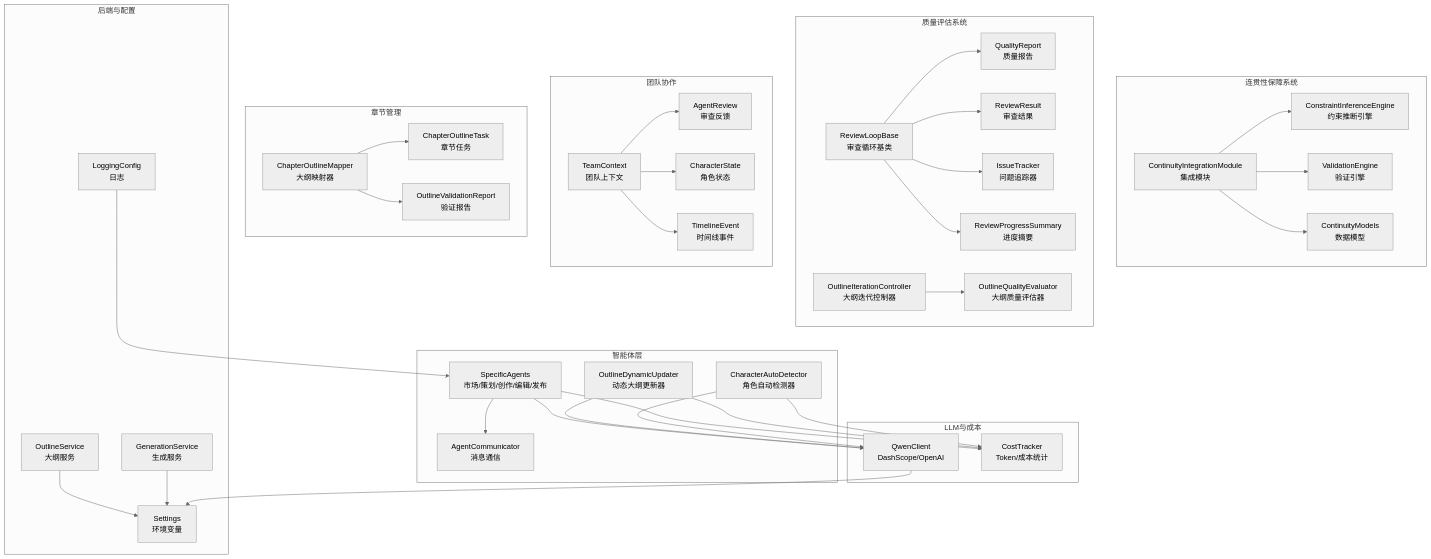
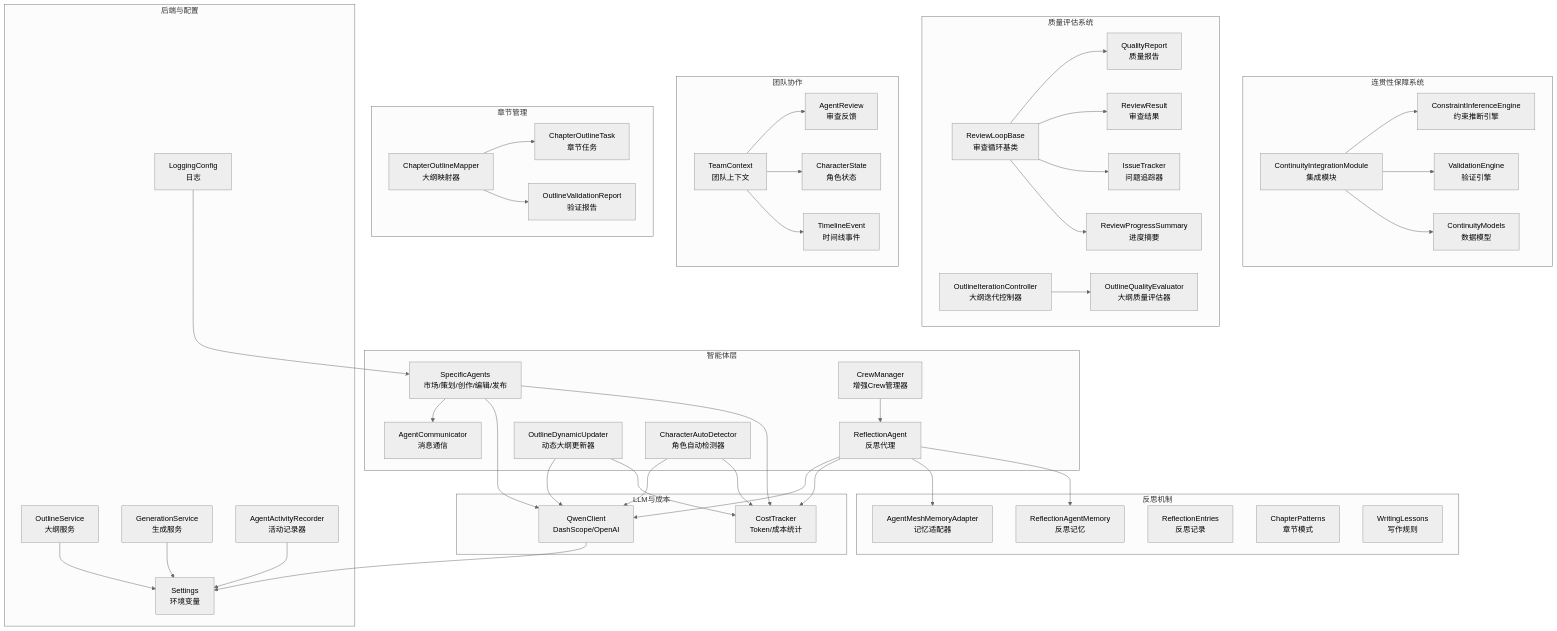
Before and after one commit to xfbyxq/ai-novel-system: the first of 20 diagrams in .qoder/repowiki/zh/content/AI智能体系统/AI智能体系统.md, drawn with Mermaid (neutral theme). The commit also changed other lines of this file and 11 other files, not shown here.

````diff
--- a/.qoder/repowiki/zh/content/AI智能体系统/AI智能体系统.md
+++ b/.qoder/repowiki/zh/content/AI智能体系统/AI智能体系统.md
@@ -106,14 +118,23 @@
 subgraph "智能体层"
 AC["AgentCommunicator<br/>消息通信"]
 SA["SpecificAgents<br/>市场/策划/创作/编辑/发布"]
+RA["ReflectionAgent<br/>反思代理"]
 ODU["OutlineDynamicUpdater<br/>动态大纲更新器"]
 CAD["CharacterAutoDetector<br/>角色自动检测器"]
+CM["CrewManager<br/>增强Crew管理器"]
+end
+subgraph "反思机制"
+RAM["ReflectionAgentMemory<br/>反思记忆"]
+AMMA["AgentMeshMemoryAdapter<br/>记忆适配器"]
+RE["ReflectionEntries<br/>反思记录"]
+CP["ChapterPatterns<br/>章节模式"]
+WL["WritingLessons<br/>写作规则"]
 end
 subgraph "连贯性保障系统"
 CIM["ContinuityIntegrationModule<br/>集成模块"]
 CIE["ConstraintInferenceEngine<br/>约束推断引擎"]
 VE["ValidationEngine<br/>验证引擎"]
-CM["ContinuityModels<br/>数据模型"]
+CM2["ContinuityModels<br/>数据模型"]
 end
 subgraph "质量评估系统"
 RLB["ReviewLoopBase<br/>审查循环基类"]
@@ -144,17 +165,23 @@
 LOG["LoggingConfig<br/>日志"]
 OS["OutlineService<br/>大纲服务"]
 GS["GenerationService<br/>生成服务"]
+AAR["AgentActivityRecorder<br/>活动记录器"]
 end
 SA --> AC
 SA --> QC
 SA --> CT
+RA --> QC
+RA --> CT
+RA --> AMMA
+RA --> RAM
 ODU --> QC
 ODU --> CT
 CAD --> QC
 CAD --> CT
+CM --> RA
 CIM --> CIE
 CIM --> VE
-CIM --> CM
+CIM --> CM2
 RLB --> QR
 RLB --> RR
 RLB --> IE
@@ -167,6 +194,7 @@
 COM --> OVR
 OS --> CFG
 GS --> CFG
+AAR --> CFG
 QC --> CFG
 LOG --> SA
 ```
````
